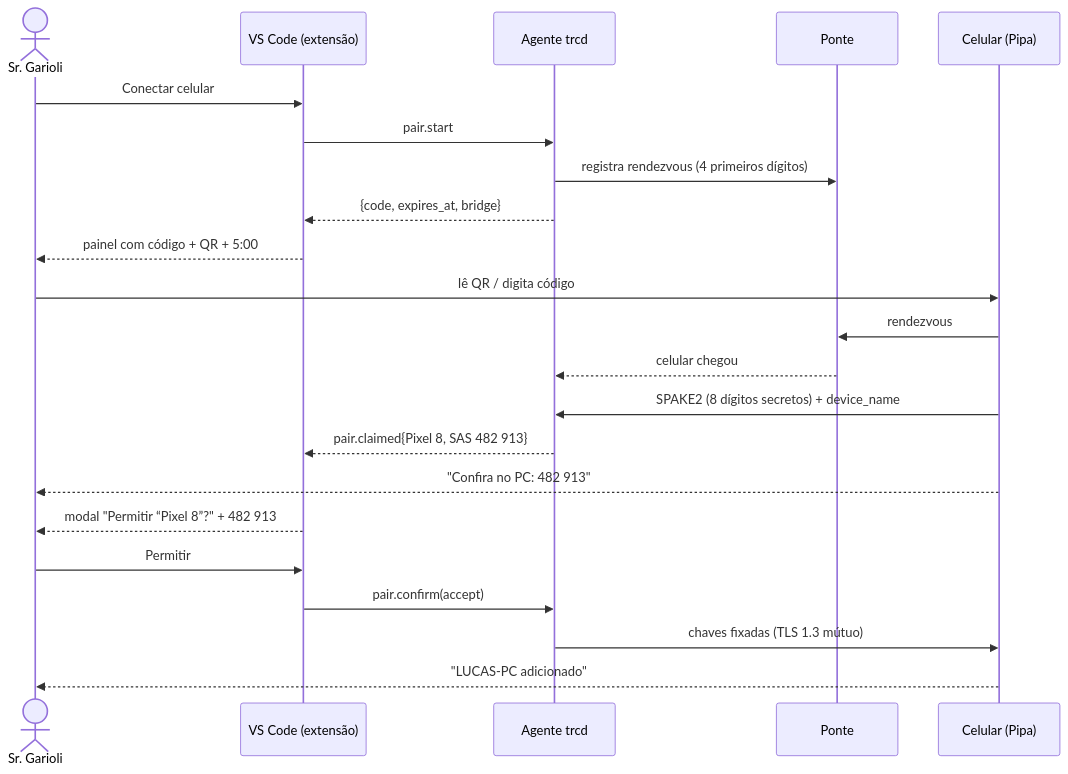
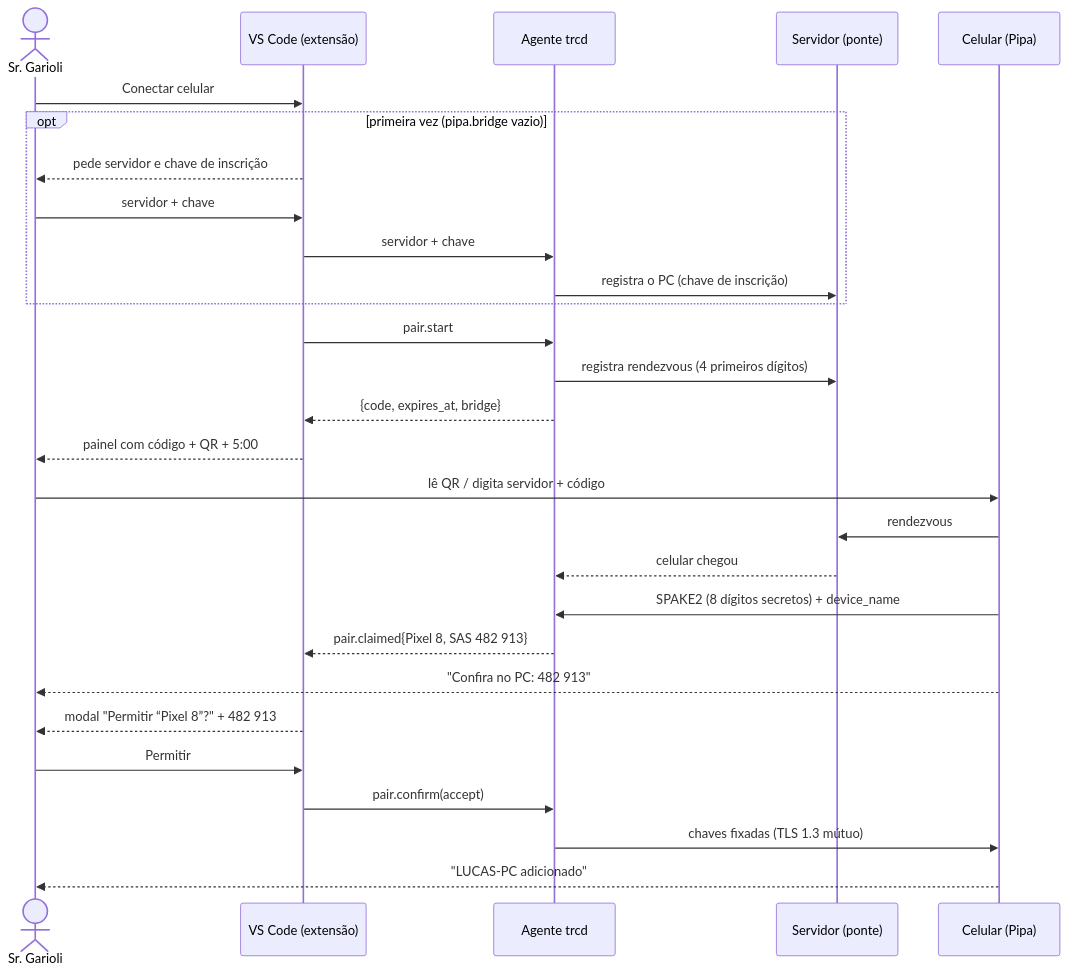
The first of 4 diagrams in docs/interfaces/fluxos.md (LucasGarioli/pipa-vscode-remote), drawn with Mermaid before and after one commit. The commit also changed other lines of this file and 11 other files, not shown here.

````diff
--- a/docs/interfaces/fluxos.md
+++ b/docs/interfaces/fluxos.md
@@ -34,24 +39,30 @@
 ```mermaid
 sequenceDiagram
   actor U as Sr. Garioli
   participant V as VS Code (extensão)
   participant A as Agente trcd
-  participant B as Ponte
+  participant B as Servidor (ponte)
   participant P as Celular (Pipa)
   U->>V: Conectar celular
+  opt primeira vez (pipa.bridge vazio)
+    V-->>U: pede servidor e chave de inscrição
+    U->>V: servidor + chave
+    V->>A: servidor + chave
+    A->>B: registra o PC (chave de inscrição)
+  end
   V->>A: pair.start
   A->>B: registra rendezvous (4 primeiros dígitos)
   A-->>V: {code, expires_at, bridge}
   V-->>U: painel com código + QR + 5:00
-  U->>P: lê QR / digita código
+  U->>P: lê QR / digita servidor + código
   P->>B: rendezvous
   B-->>A: celular chegou
   P->>A: SPAKE2 (8 dígitos secretos) + device_name
   A-->>V: pair.claimed{Pixel 8, SAS 482 913}
   P-->>U: "Confira no PC: 482 913"
   V-->>U: modal "Permitir “Pixel 8”?" + 482 913
   U->>V: Permitir
   V->>A: pair.confirm(accept)
   A->>P: chaves fixadas (TLS 1.3 mútuo)
   P-->>U: "LUCAS-PC adicionado"
 ```
````
